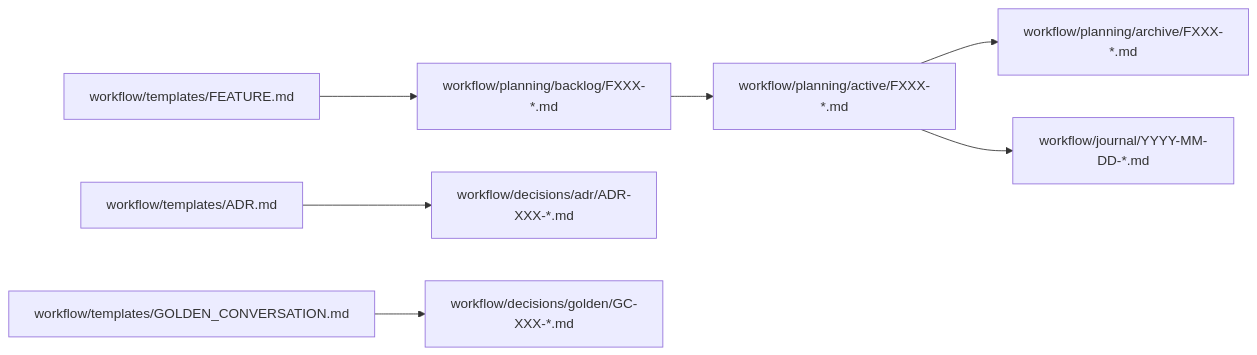
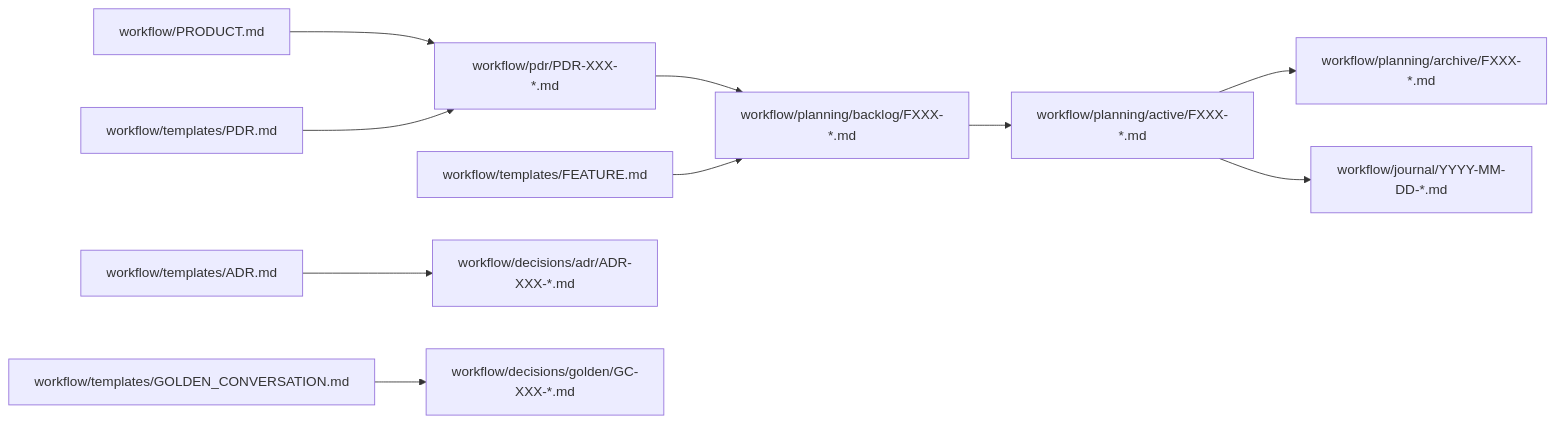
Before and after one commit to alassetter/ai-workflow-template: the second of 2 diagrams in WORKFLOW_DIAGRAM.md, drawn with Mermaid. The commit also changed other lines of this file and 8 other files, not shown here.

Commit message:
Add PRODUCT and PDR workflow layer with setup/docs integration

````diff
--- a/WORKFLOW_DIAGRAM.md
+++ b/WORKFLOW_DIAGRAM.md
@@ -31,9 +35,12 @@
 ```mermaid
 flowchart LR
+    P["workflow/PRODUCT.md"] --> Q["workflow/pdr/PDR-XXX-*.md"]
+    Q --> B["workflow/planning/backlog/FXXX-*.md"]
     A["workflow/templates/FEATURE.md"] --> B["workflow/planning/backlog/FXXX-*.md"]
     B --> C["workflow/planning/active/FXXX-*.md"]
     C --> D["workflow/planning/archive/FXXX-*.md"]
     C --> E["workflow/journal/YYYY-MM-DD-*.md"]
     F["workflow/templates/ADR.md"] --> G["workflow/decisions/adr/ADR-XXX-*.md"]
+    J["workflow/templates/PDR.md"] --> Q["workflow/pdr/PDR-XXX-*.md"]
     H["workflow/templates/GOLDEN_CONVERSATION.md"] --> I["workflow/decisions/golden/GC-XXX-*.md"]
 ```
````
